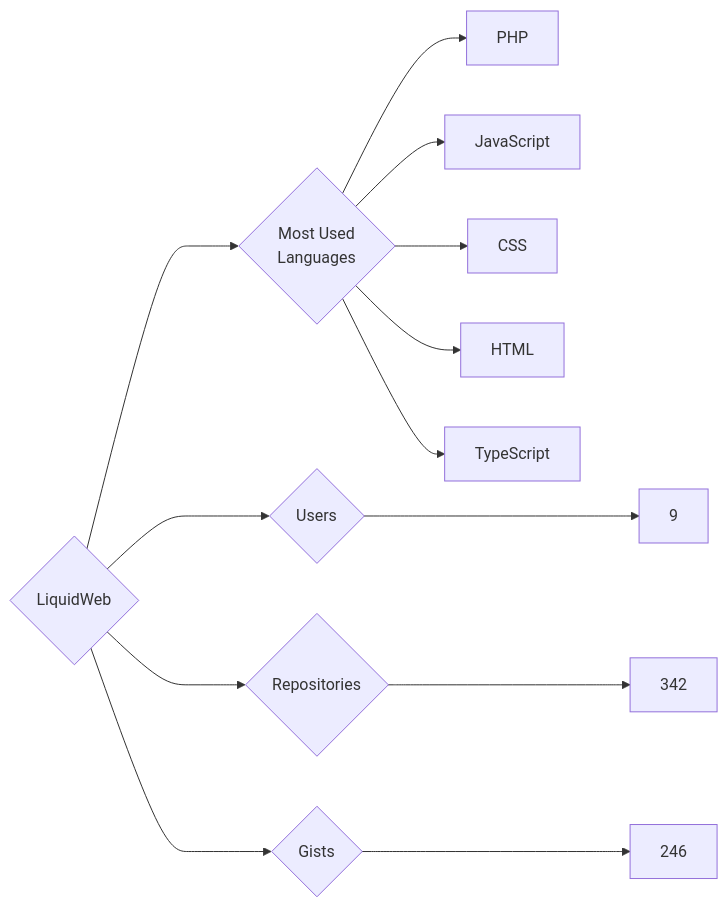
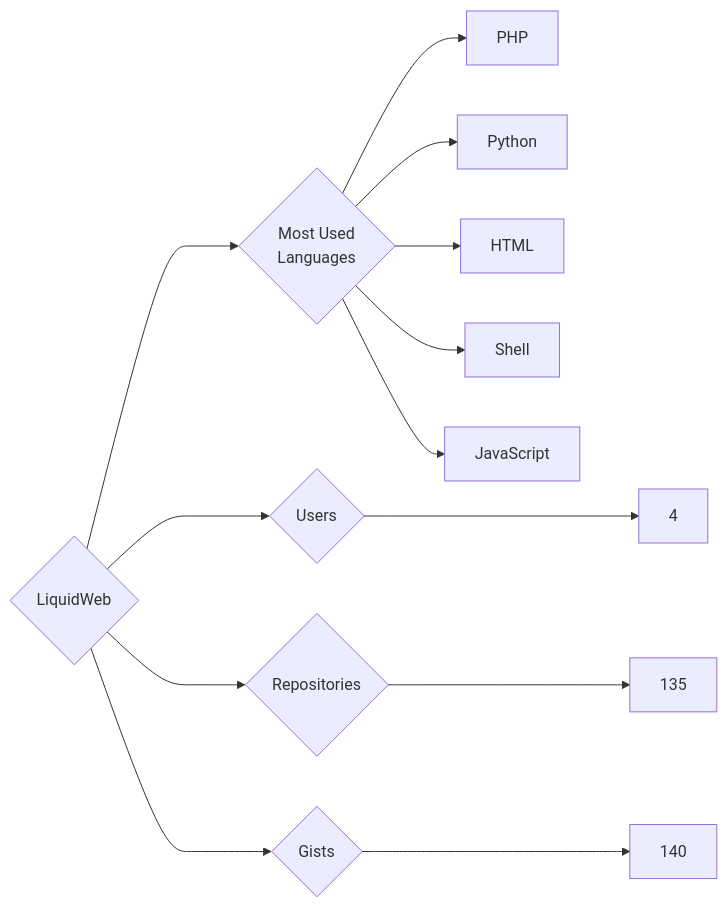
One commit to trickest/insiders changed the diagram in targets/LiquidWeb/README.md. Above: the diagram before and after it, drawn with Mermaid. The commit also changed 924 other files, not shown here.

````diff
--- a/targets/LiquidWeb/README.md
+++ b/targets/LiquidWeb/README.md
@@ -3,13 +3,13 @@
 ```mermaid
 graph LR
 COMPANY_NAME{LiquidWeb}
-COMPANY_NAME ---> U{Users} ---> UN[9]
-COMPANY_NAME ---> R{Repositories} ---> RN[342]
-COMPANY_NAME ---> G{Gists} ---> GN[246]
+COMPANY_NAME ---> U{Users} ---> UN[4]
+COMPANY_NAME ---> R{Repositories} ---> RN[135]
+COMPANY_NAME ---> G{Gists} ---> GN[140]
 COMPANY_NAME ---> ML{Most Used<br>Languages}
 ML --> PHP[PHP]
+ML --> Python[Python]
+ML --> HTML[HTML]
+ML --> Shell[Shell]
 ML --> JavaScript[JavaScript]
-ML --> CSS[CSS]
-ML --> HTML[HTML]
-ML --> TypeScript[TypeScript]
 ```
````
